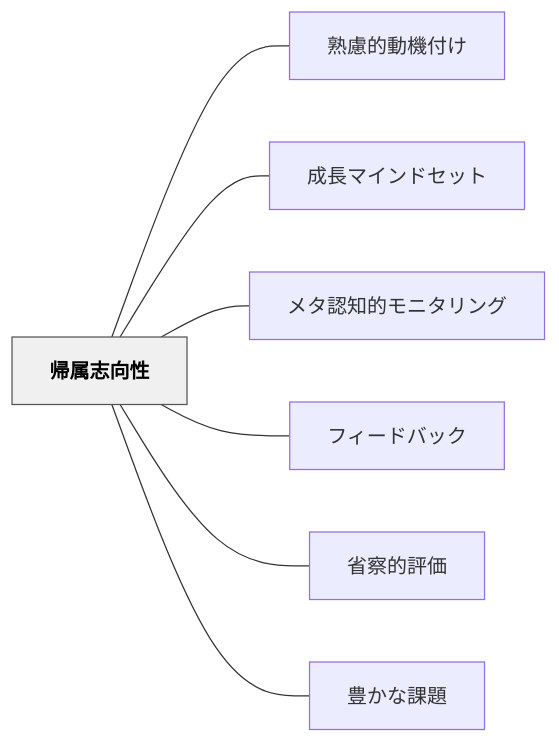
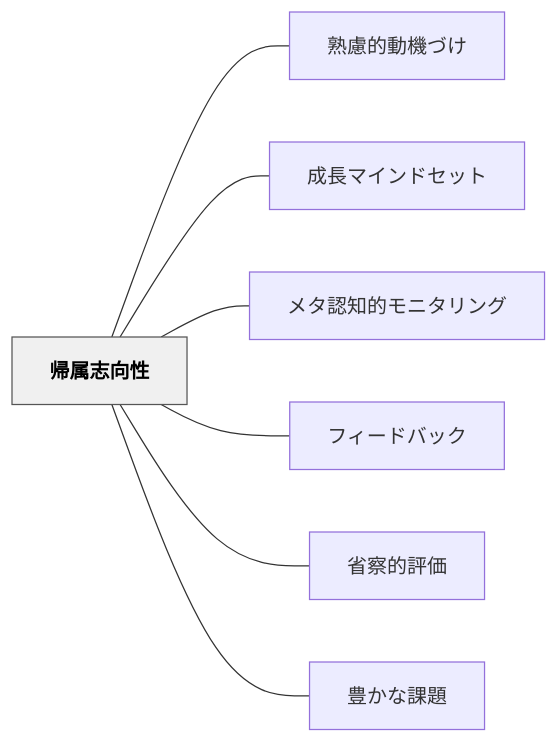
Before and after one commit to unknownthings-ed-patterns/unknownthings-ed-patterns: the diagram in content/パタン/帰属志向性.md, drawn with Mermaid. The commit also changed other lines of this file and 234 other files, not shown here.

````diff
--- a/content/パタン/帰属志向性.md
+++ b/content/パタン/帰属志向性.md
@@ -40,20 +40,20 @@
 ```mermaid
 flowchart LR
     ne5b8b0e5b19ee5bf97e59091e680a7["帰属志向性"]
-    ne7869fe685aee79a84e58b95e6a99fe4bb98e38191["熟慮的動機付け"]
+    ne7869fe685aee79a84e58b95e6a99fe381a5e38191["熟慮的動機づけ"]
     ne68890e995b7e3839ee382a4e383b3e38389e382bbe38383e38388["成長マインドセット"]
     ne383a1e382bfe8aa8de79fa5e79a84e383a2e3838be382bfe383aae383b3e382b0["メタ認知的モニタリング"]
     ne38395e382a3e383bce38389e38390e38383e382af["フィードバック"]
     ne79c81e5af9fe79a84e8a995e4bea1["省察的評価"]
     ne8b18ae3818be381aae8aab2e9a18c["豊かな課題"]
 
-    ne5b8b0e5b19ee5bf97e59091e680a7 --- ne7869fe685aee79a84e58b95e6a99fe4bb98e38191
+    ne5b8b0e5b19ee5bf97e59091e680a7 --- ne7869fe685aee79a84e58b95e6a99fe381a5e38191
     ne5b8b0e5b19ee5bf97e59091e680a7 --- ne68890e995b7e3839ee382a4e383b3e38389e382bbe38383e38388
     ne5b8b0e5b19ee5bf97e59091e680a7 --- ne383a1e382bfe8aa8de79fa5e79a84e383a2e3838be382bfe383aae383b3e382b0
     ne5b8b0e5b19ee5bf97e59091e680a7 --- ne38395e382a3e383bce38389e38390e38383e382af
     ne5b8b0e5b19ee5bf97e59091e680a7 --- ne79c81e5af9fe79a84e8a995e4bea1
     ne5b8b0e5b19ee5bf97e59091e680a7 --- ne8b18ae3818be381aae8aab2e9a18c
 
     classDef hub fill:#f0f0f0,stroke:#555,color:#000,font-weight:bold
     class ne5b8b0e5b19ee5bf97e59091e680a7 hub
 ```
````
